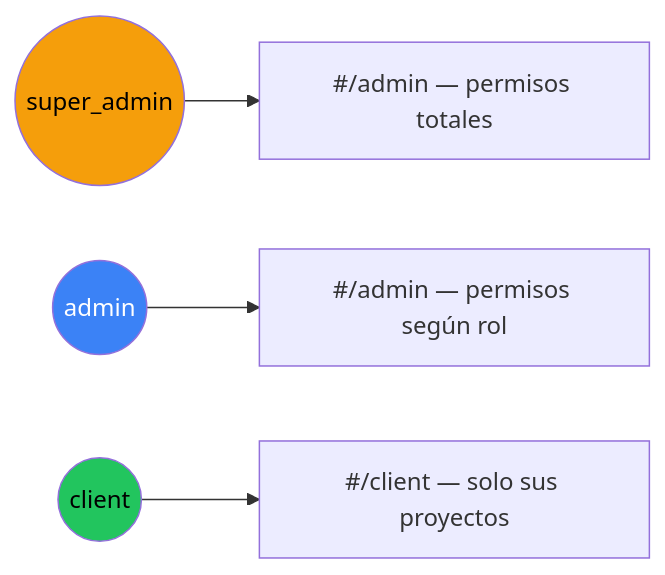
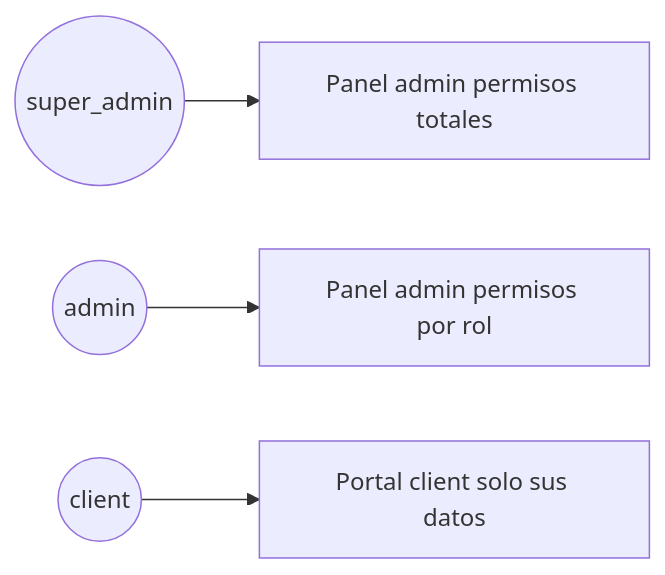
One commit to Alejostone1/Desarpro changed the fourth of 10 diagrams in README.md. Above: the diagram before and after it, drawn with Mermaid. The commit also changed other lines of this file and 4 other files, not shown here.

Commit message:
Docs: README completo con galeria de capturas y Mermaid compatible GitHub.

````diff
--- a/README.md
+++ b/README.md
@@ -216,10 +304,6 @@
 ```mermaid
 graph LR
-    SA((super_admin)) --> AD["#/admin — permisos totales"]
-    ADM((admin)) --> AD2["#/admin — permisos según rol"]
-    CL((client)) --> CLP["#/client — solo sus proyectos"]
-
-    style SA fill:#F59E0B,color:#000
-    style ADM fill:#3B82F6,color:#fff
-    style CL fill:#22C55E,color:#000
+    SA((super_admin)) --> AD["Panel admin permisos totales"]
+    ADM((admin)) --> AD2["Panel admin permisos por rol"]
+    CL((client)) --> CLP["Portal client solo sus datos"]
 ```
````
